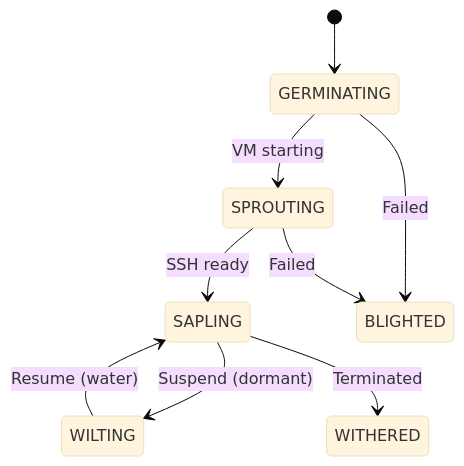
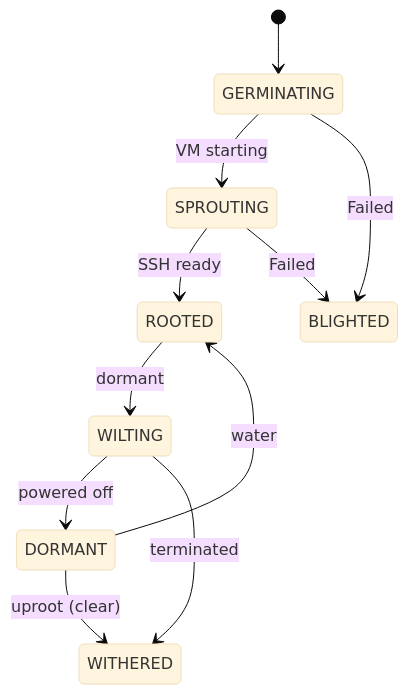
The seventh of 9 diagrams in docs/architecture/platform-architecture.md (orchard-cde/orchard), drawn with Mermaid (base theme) before and after one commit. The commit also changed other lines of this file and 91 other files, not shown here.

````diff
--- a/docs/architecture/platform-architecture.md
+++ b/docs/architecture/platform-architecture.md
@@ -356,13 +366,14 @@
 ```mermaid
 stateDiagram-v2
     [*] --> GERMINATING
     GERMINATING --> SPROUTING : VM starting
-    SPROUTING --> SAPLING : SSH ready
+    SPROUTING --> ROOTED : SSH ready
 
-    SAPLING --> WILTING : Suspend (dormant)
-    WILTING --> SAPLING : Resume (water)
-
-    SAPLING --> WITHERED : Terminated
+    ROOTED --> WILTING : dormant
+    WILTING --> DORMANT : powered off
+    DORMANT --> ROOTED : water
+    DORMANT --> WITHERED : uproot (clear)
+    WILTING --> WITHERED : terminated
     GERMINATING --> BLIGHTED : Failed
     SPROUTING --> BLIGHTED : Failed
 ```
````
